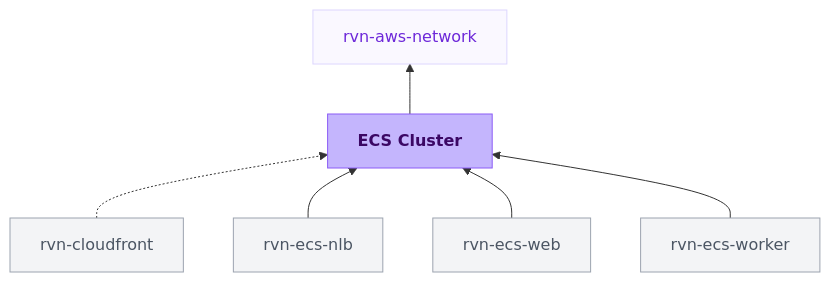
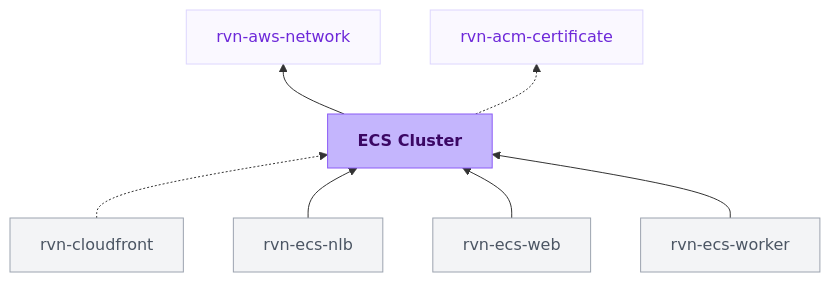
One commit to flightcontrolhq/docs changed the diagram in module-definitions/catalog/rvn-ecs-cluster.mdx. Above: the diagram before and after it, drawn with Mermaid. The commit also changed other lines of this file and 7 other files, not shown here.

Commit message:
chore: sync module catalog docs

````diff
--- a/module-definitions/catalog/rvn-ecs-cluster.mdx
+++ b/module-definitions/catalog/rvn-ecs-cluster.mdx
@@ -13,23 +13,25 @@
 ```mermaid
 flowchart BT
   rvn_cloudfront["rvn-cloudfront"] -.-> rvn_ecs_cluster["<strong>ECS Cluster</strong>"]
   rvn_ecs_nlb["rvn-ecs-nlb"] --> rvn_ecs_cluster
   rvn_ecs_web["rvn-ecs-web"] --> rvn_ecs_cluster
   rvn_ecs_worker["rvn-ecs-worker"] --> rvn_ecs_cluster
   rvn_ecs_cluster --> rvn_aws_network["rvn-aws-network"]
+  rvn_ecs_cluster -.-> rvn_acm_certificate["rvn-acm-certificate"]
 
   class rvn_ecs_cluster current
-  class rvn_aws_network dependency
+  class rvn_aws_network,rvn_acm_certificate dependency
   class rvn_cloudfront,rvn_ecs_nlb,rvn_ecs_web,rvn_ecs_worker consumer
 
   classDef current fill:#C4B5FD,stroke:#8B5CF6,color:#3B0764
   classDef dependency fill:#FAF8FF,stroke:#DDD6FE,color:#6D28D9
   classDef consumer fill:#F3F4F6,stroke:#9CA3AF,color:#4B5563
   classDef upstream fill:#F8FAFC,stroke:#CBD5E1,color:#94A3B8
 
   click rvn_cloudfront "/module-definitions/catalog/rvn-cloudfront" "Open rvn-cloudfront docs"
   click rvn_ecs_nlb "/module-definitions/catalog/rvn-ecs-nlb" "Open rvn-ecs-nlb docs"
   click rvn_ecs_web "/module-definitions/catalog/rvn-ecs-web" "Open rvn-ecs-web docs"
   click rvn_ecs_worker "/module-definitions/catalog/rvn-ecs-worker" "Open rvn-ecs-worker docs"
   click rvn_aws_network "/module-definitions/catalog/rvn-aws-network" "Open rvn-aws-network docs"
+  click rvn_acm_certificate "/module-definitions/catalog/rvn-acm-certificate" "Open rvn-acm-certificate docs"
 ```
````
